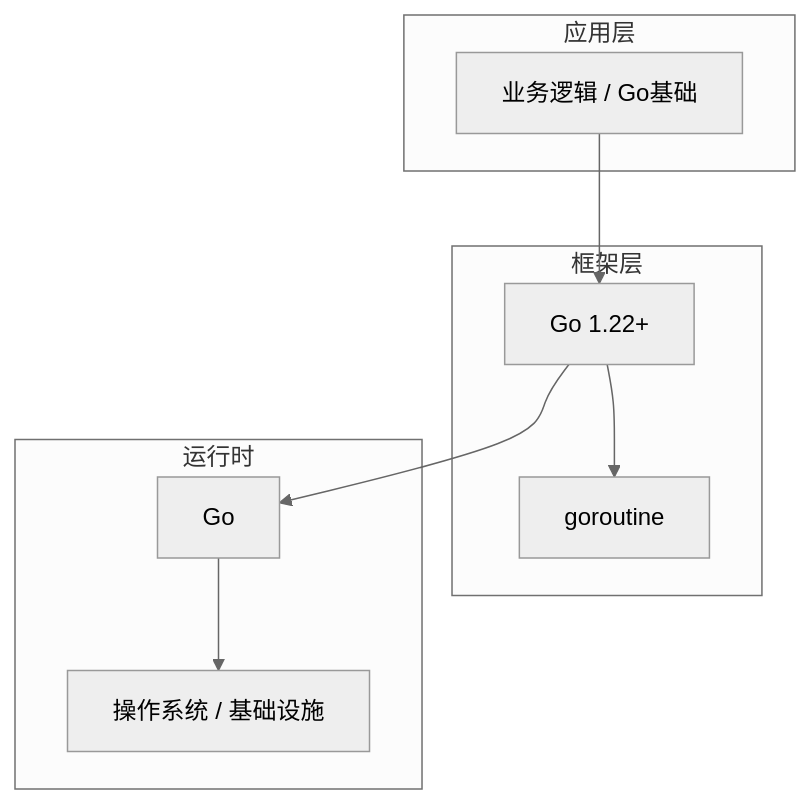
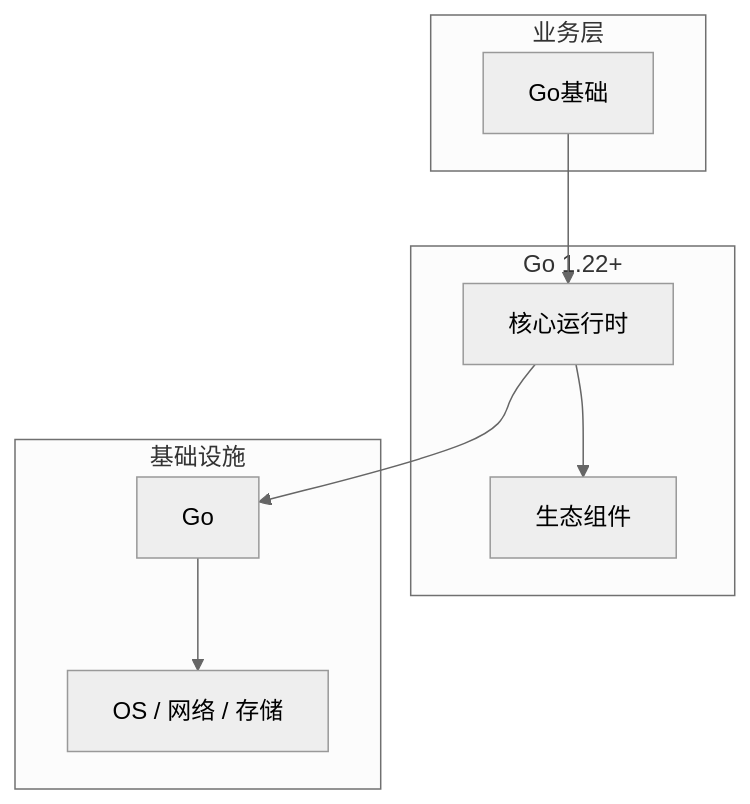
The diagram in articles/Go语言/chapters/001-Go基础核心概念与原理.md (yanggan2015/knowledge-json-v2), drawn with Mermaid (neutral theme) before and after one commit. The commit also changed other lines of this file and 10127 other files, not shown here.

````diff
--- a/articles/Go语言/chapters/001-Go基础核心概念与原理.md
+++ b/articles/Go语言/chapters/001-Go基础核心概念与原理.md
@@ -45,18 +34,18 @@
 ```mermaid
 graph TB
-    subgraph 应用层
-        A[业务逻辑 / Go基础]
+    subgraph 业务层
+        A[Go基础]
     end
-    subgraph 框架层
-        B[Go 1.22+]
-        C[goroutine]
+    subgraph Go 1.22+
+        B[核心运行时]
+        C[生态组件]
     end
-    subgraph 运行时
+    subgraph 基础设施
         D[Go]
-        E[操作系统 / 基础设施]
+        E[OS / 网络 / 存储]
     end
     A --> B
     B --> C
     B --> D
     D --> E
 ```
````
